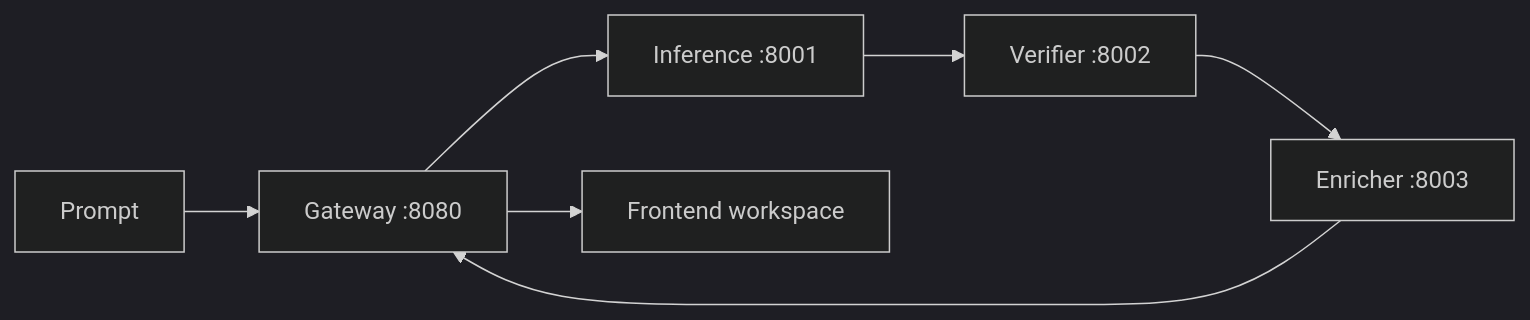
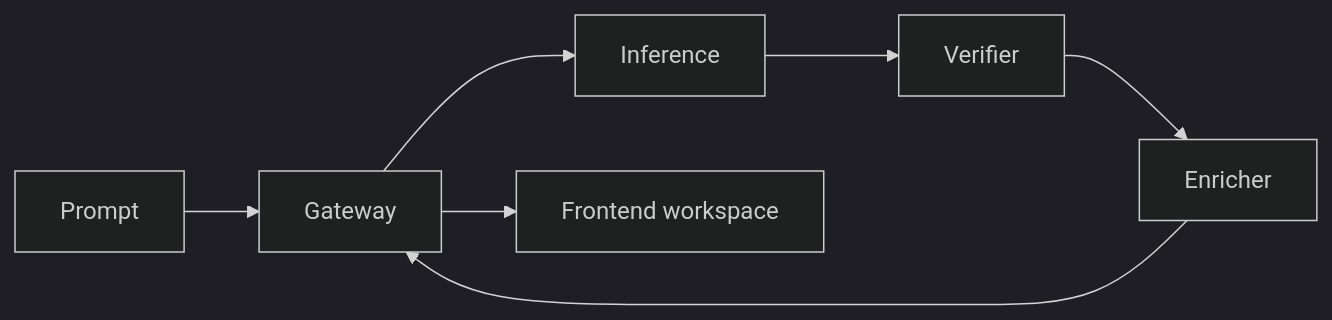
Before and after one commit to VittoriaLanzo/Ohmatic: the diagram in README.md, drawn with Mermaid (dark theme). The commit also changed other lines of this file and 9 other files, not shown here.

````diff
--- a/README.md
+++ b/README.md
@@ -45,16 +108,16 @@
 ```mermaid
 flowchart LR
   prompt["Prompt"]
-  gateway["Gateway :8080"]
-  inference["Inference :8001"]
-  verifier["Verifier :8002"]
-  enricher["Enricher :8003"]
+  gateway["Gateway"]
+  inference["Inference"]
+  verifier["Verifier"]
+  enricher["Enricher"]
   ui["Frontend workspace"]
 
   prompt --> gateway
   gateway --> inference
   inference --> verifier
   verifier --> enricher
   enricher --> gateway
   gateway --> ui
 ```
````
